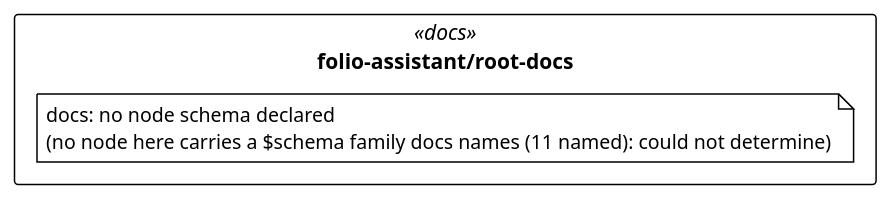
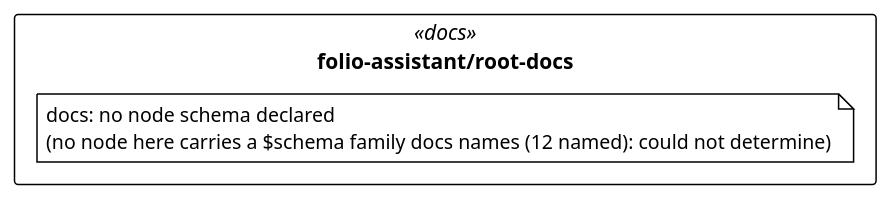
One commit to litlfred/folio-assistant changed the diagram in cat-harness/uml/overview/folio-assistant/root-docs.puml. Above: the diagram before and after it, drawn with PlantUML. The commit also changed 74 other files, not shown here.

```diff
--- a/cat-harness/uml/overview/folio-assistant/root-docs.puml
+++ b/cat-harness/uml/overview/folio-assistant/root-docs.puml
@@ -3,13 +3,13 @@
 @startuml folio_assistant_root_docs
 !pragma layout elk
 !theme plain
 skinparam classAttributeIconSize 0
 skinparam shadowing false
 skinparam packageStyle rectangle
 hide empty methods
 
 package "folio-assistant/root-docs" as pkg_folio_assistant_root_docs <<docs>> {
-  note "docs: no node schema declared\n(no node here carries a $schema family docs names (11 named): could not determine)" as n_folio_assistant_root_docs_docs
+  note "docs: no node schema declared\n(no node here carries a $schema family docs names (12 named): could not determine)" as n_folio_assistant_root_docs_docs
 }
 
 @enduml
```
